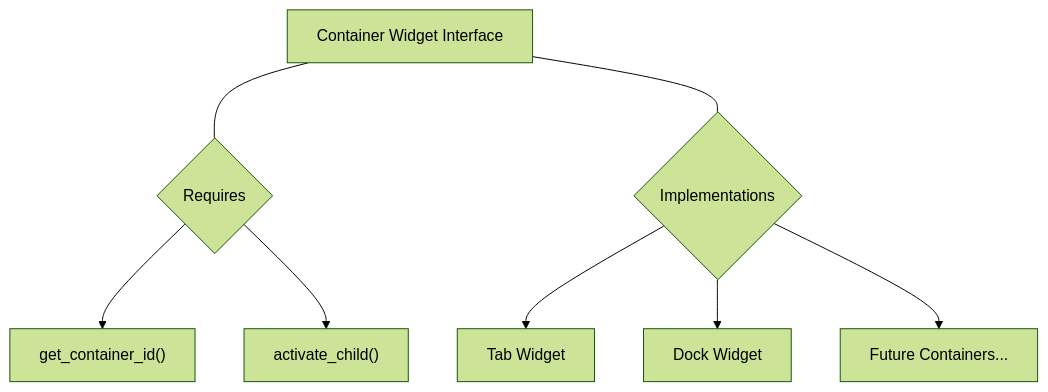
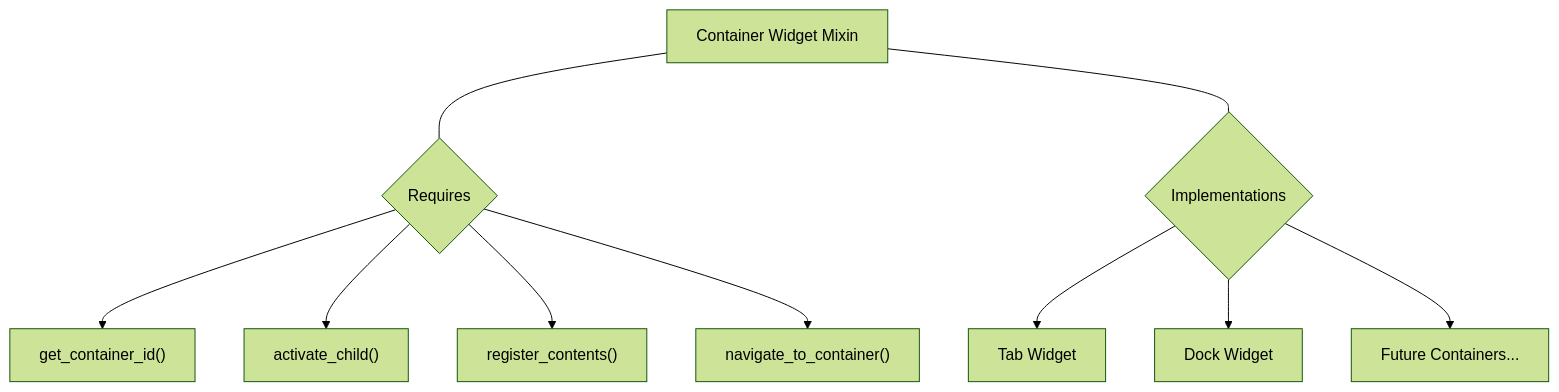
One commit to maro7tigre/PySignalDecipher changed the second of 4 diagrams in command_system/docs/planning.md. Above: the diagram before and after it, drawn with Mermaid (forest theme). The commit also changed other lines of this file and 8 other files, not shown here.

````diff
--- a/command_system/docs/planning.md
+++ b/command_system/docs/planning.md
@@ -28,11 +25,13 @@
 ```mermaid
 graph TD
-    CWI[Container Widget Interface] --- Req{Requires}
+    CWM[Container Widget Mixin] --- Req{Requires}
     Req --> ID["get_container_id()"]
     Req --> AC["activate_child()"]
+    Req --> RC["register_contents()"]
+    Req --> NC["navigate_to_container()"]
     
-    CWI --- Impl{Implementations}
+    CWM --- Impl{Implementations}
     Impl --> TW["Tab Widget"]
     Impl --> DW["Dock Widget"]
     Impl --> FW["Future Containers..."]
 ```
````
